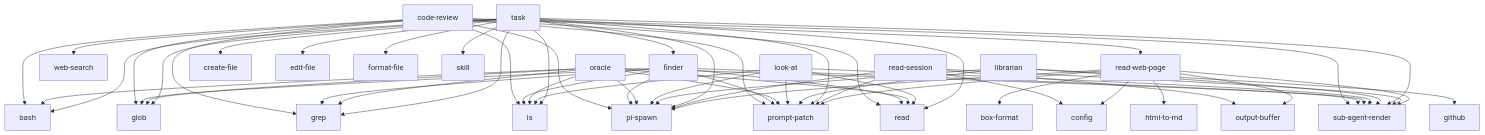
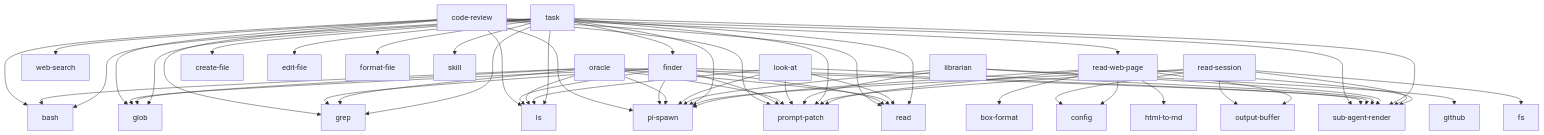
Before and after one commit to bdsqqq/dots: the fifth of 8 diagrams in user/pi/PACKAGE-GRAPH.md, drawn with Mermaid. The commit also changed other lines of this file and 24 other files, not shown here.

````diff
--- a/user/pi/PACKAGE-GRAPH.md
+++ b/user/pi/PACKAGE-GRAPH.md
@@ -241,69 +247,70 @@
 ```mermaid
 flowchart TB
   review[code-review] --> bash
   review --> glob
   review --> grep
   review --> ls
   review --> pispawn[pi-spawn]
   review --> patch[prompt-patch]
   review --> read
   review --> rweb[read-web-page]
   review --> sar[sub-agent-render]
   review --> wsearch[web-search]
 
   finder --> glob
   finder --> grep
   finder --> ls
   finder --> pispawn
   finder --> patch
   finder --> read
   finder --> sar
 
   oracle --> bash
   oracle --> glob
   oracle --> grep
   oracle --> ls
   oracle --> pispawn
   oracle --> patch
   oracle --> read
   oracle --> sar
 
   look[look-at] --> ls
   look --> pispawn
   look --> patch
   look --> read
   look --> sar
 
   librarian --> github
   librarian --> pispawn
   librarian --> patch
   librarian --> sar
 
   task --> bash
   task --> create[create-file]
   task --> edit[edit-file]
   task --> finder
   task --> format[format-file]
   task --> glob
   task --> grep
   task --> ls
   task --> pispawn
   task --> patch
   task --> read
   task --> skill
   task --> sar
 
   rsession[read-session] --> config
+  rsession --> fs
   rsession --> outbuf[output-buffer]
   rsession --> pispawn
   rsession --> patch
   rsession --> sar
 
   rweb --> boxformat[box-format]
   rweb --> config
   rweb --> html[html-to-md]
   rweb --> outbuf
   rweb --> pispawn
   rweb --> patch
   rweb --> sar
 ```
````
